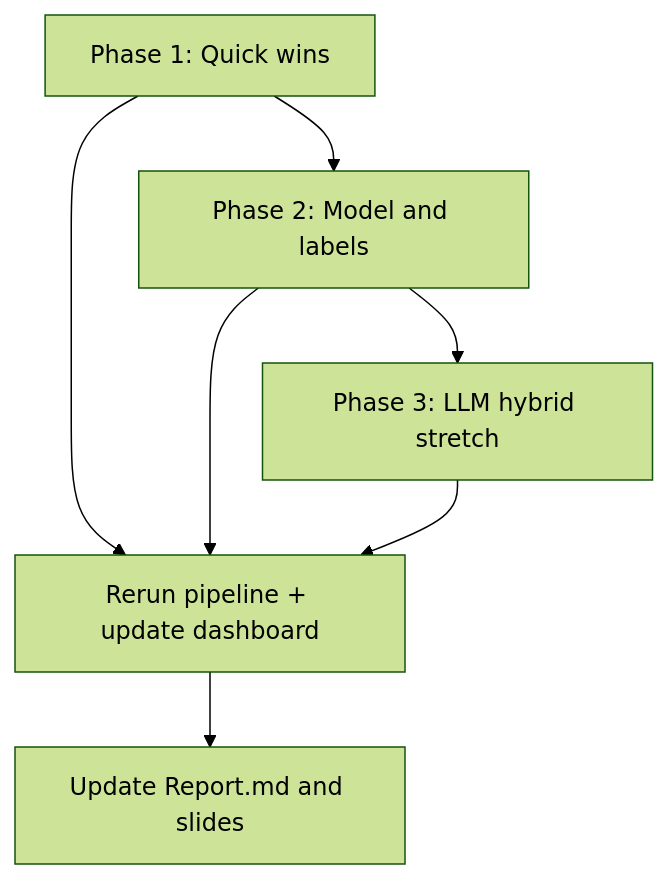
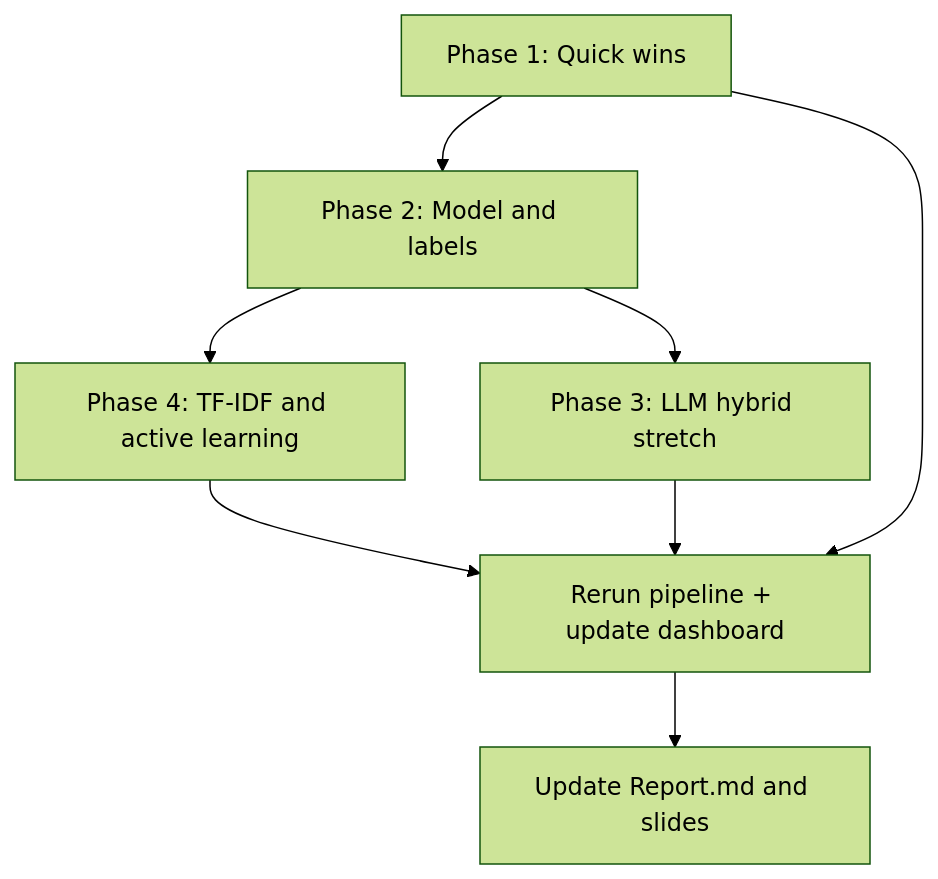
Before and after one commit to sudha-coderepo/data_mining: the second of 3 diagrams in IMPROVEMENT_PLAN.md, drawn with Mermaid (forest theme). The commit also changed other lines of this file and 41 other files, not shown here.

First line of the commit message:
Implement Phase 1 model improvements and active learning pipeline.

````diff
--- a/IMPROVEMENT_PLAN.md
+++ b/IMPROVEMENT_PLAN.md
@@ -50,9 +168,10 @@
 ```mermaid
 flowchart TD
     P1[Phase 1: Quick wins] --> P2[Phase 2: Model and labels]
+    P2 --> P4[Phase 4: TF-IDF and active learning]
     P2 --> P3[Phase 3: LLM hybrid stretch]
-    P1 --> M[Rerun pipeline + update dashboard]
-    P2 --> M
+    P4 --> M[Rerun pipeline + update dashboard]
+    P1 --> M
     P3 --> M
     M --> R[Update Report.md and slides]
 ```
````
